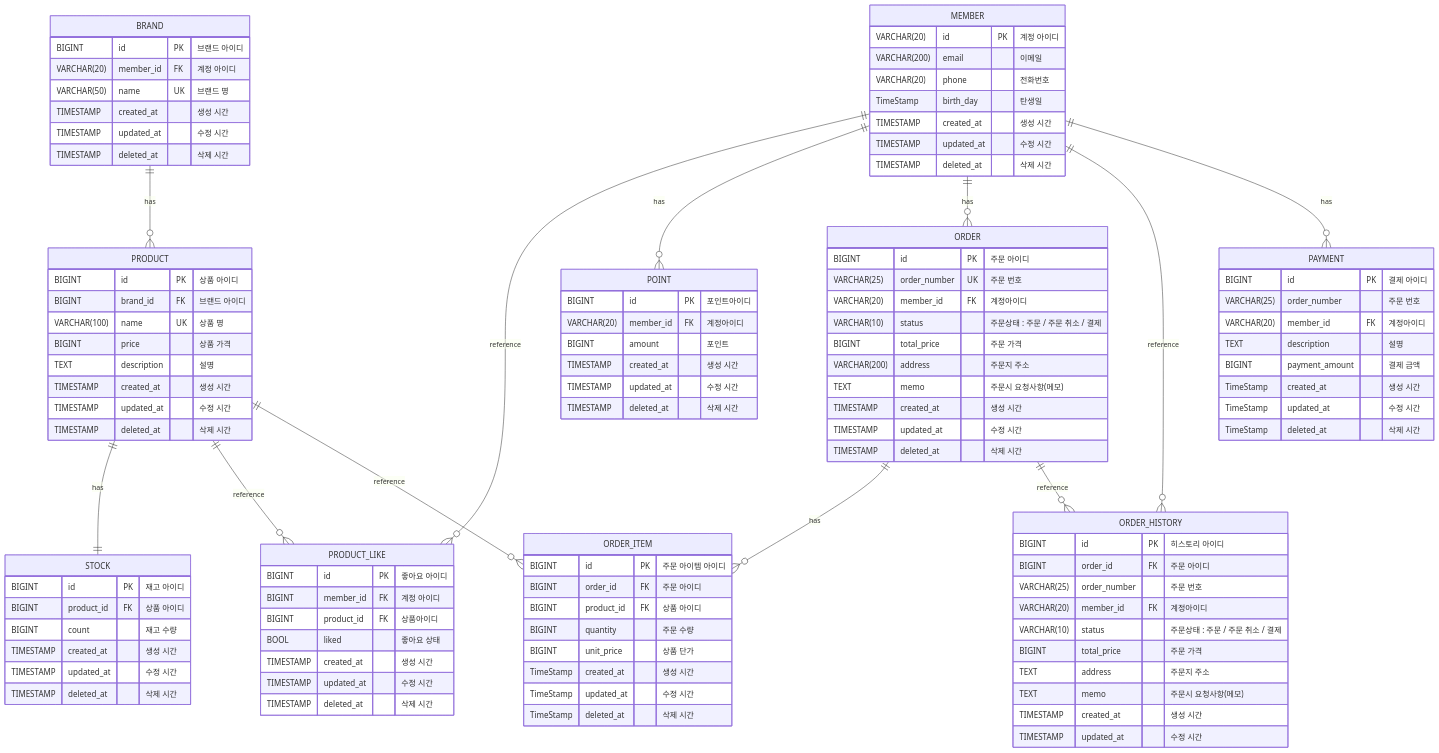
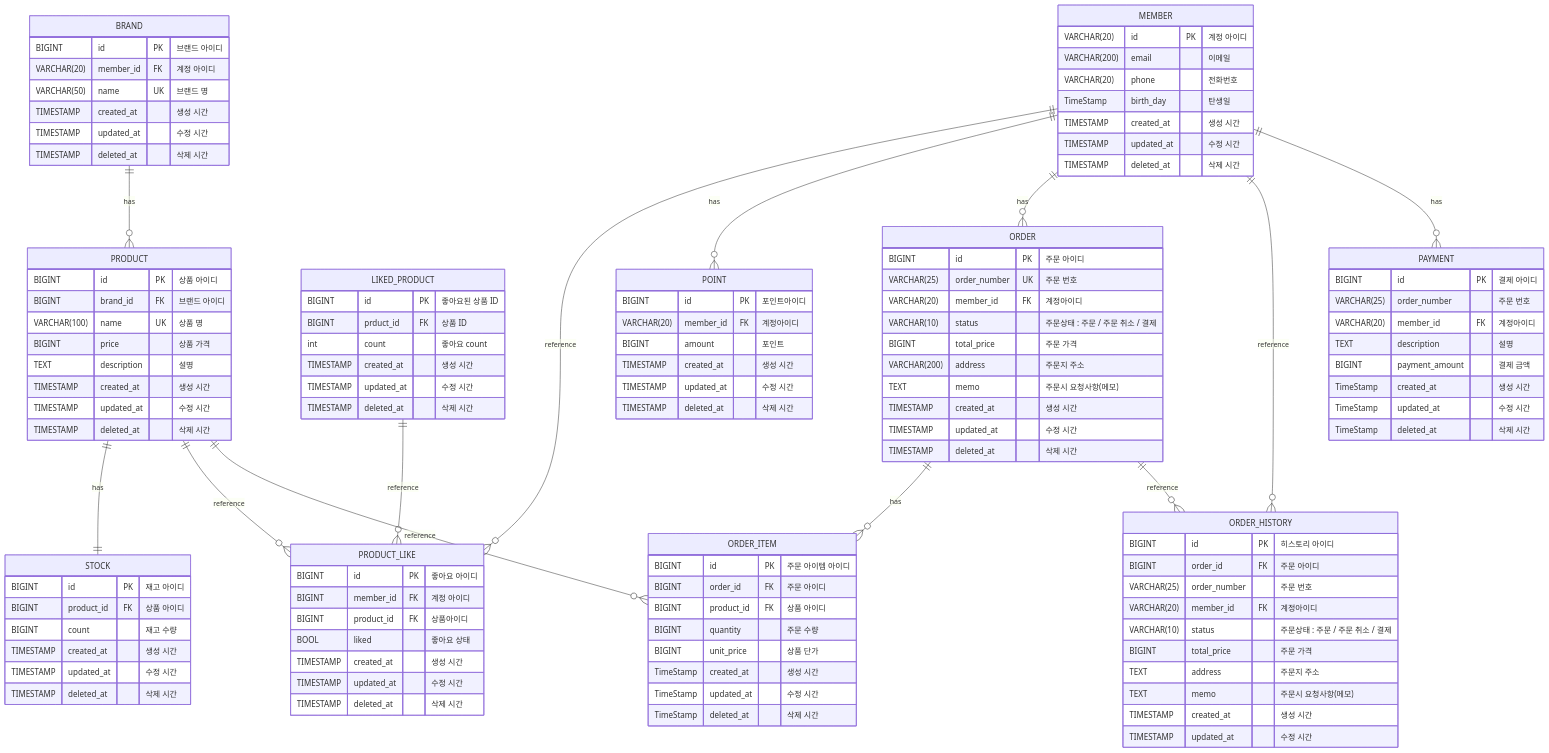
One commit to Loopers-Team-6/younghun changed the diagram in apps/commerce-api/docs/desigin/04-erd.md. Above: the diagram before and after it, drawn with Mermaid. The commit also changed 1 other file, not shown here.

Commit message:
docs: 좋아요된 상품 count 문서 작성

```diff
--- a/apps/commerce-api/docs/desigin/04-erd.md
+++ b/apps/commerce-api/docs/desigin/04-erd.md
@@ -43,6 +43,16 @@
  BIGINT product_id FK "상품아이디"
  BOOL   liked  "좋아요 상태"
  
+ TIMESTAMP created_at "생성 시간"
+ TIMESTAMP updated_at "수정 시간"
+ TIMESTAMP deleted_at "삭제 시간"
+}
+
+%%좋아요된 상품
+LIKED_PRODUCT { 
+ BIGINT id PK "좋아요된 상품 ID"
+ BIGINT prduct_id FK "상품 ID"
+ int count "좋아요 count"
  TIMESTAMP created_at "생성 시간"
  TIMESTAMP updated_at "수정 시간"
  TIMESTAMP deleted_at "삭제 시간"
@@ -137,6 +147,8 @@
 PRODUCT || -- o{PRODUCT_LIKE  : reference
 MEMBER || -- o{PRODUCT_LIKE : reference
 
+LIKED_PRODUCT || -- o{PRODUCT_LIKE : reference
+
 MEMBER || -- o{ POINT : has
 
 MEMBER || -- o{ ORDER : has
```
